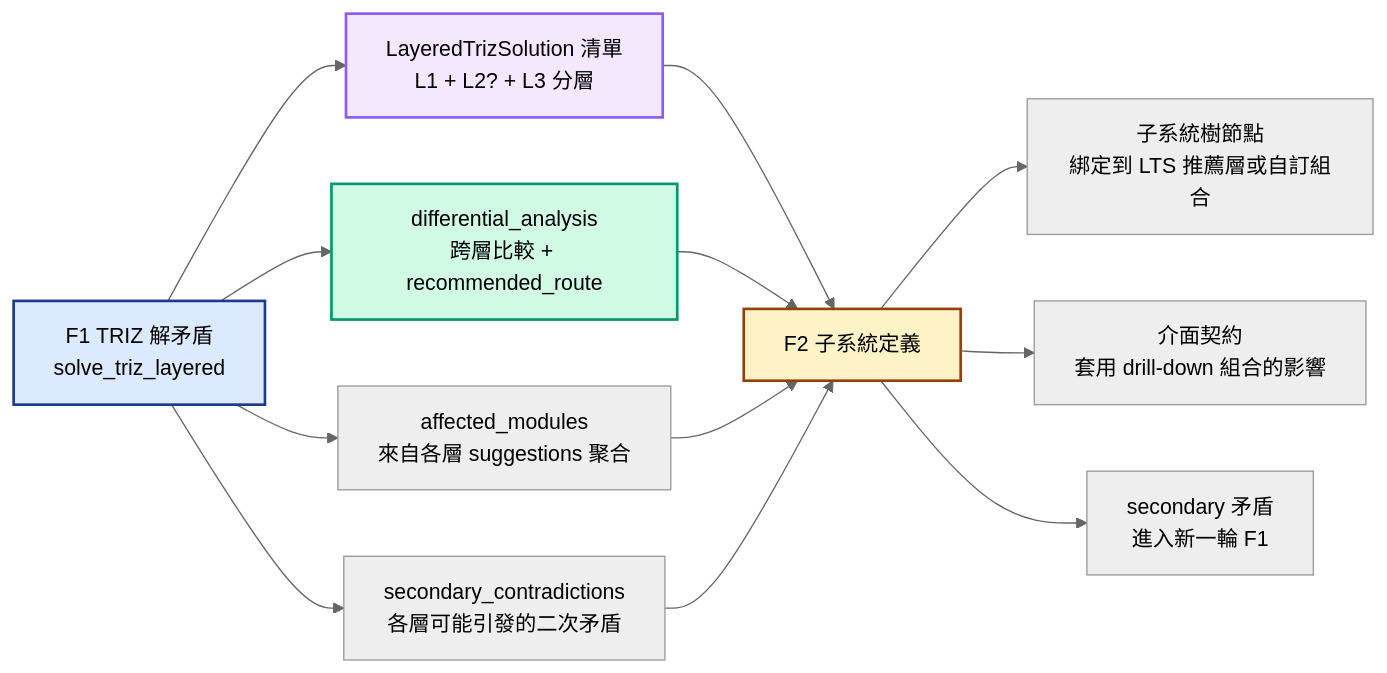
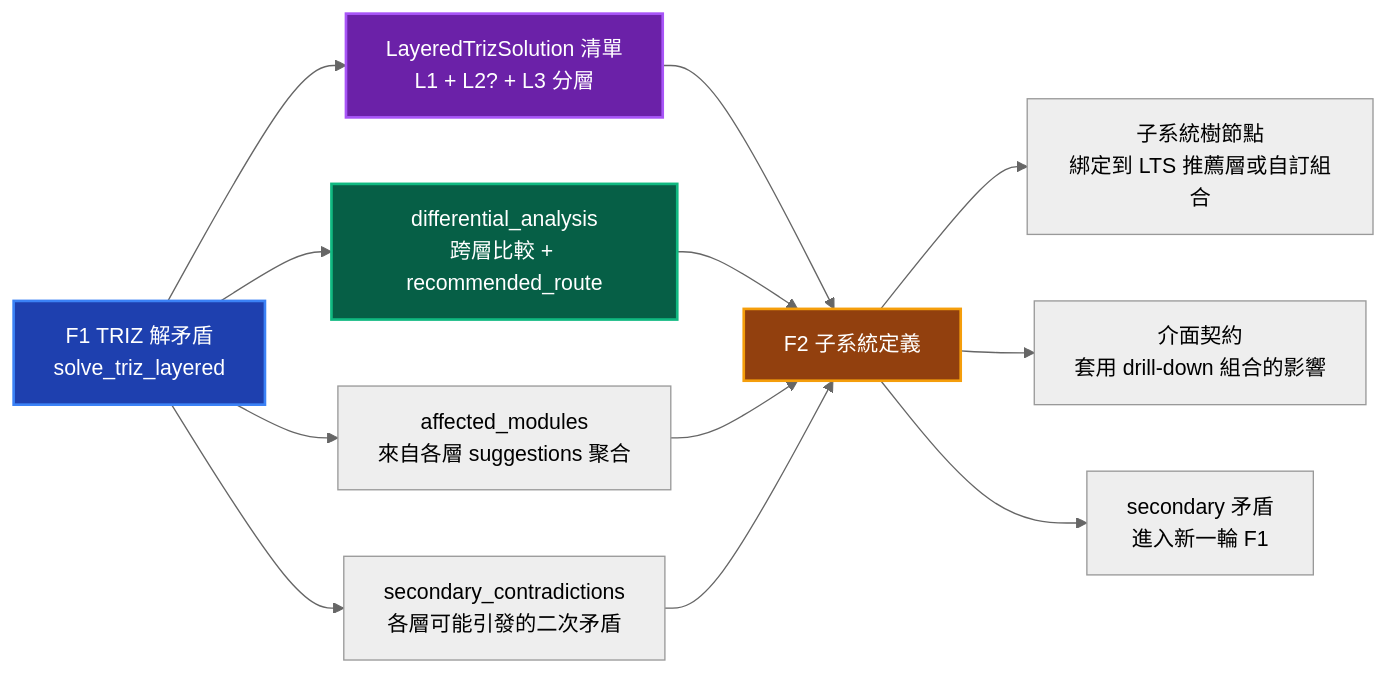
Diagram 26 of 31 in docs/01-define/diagrams/appendix-b--forward-triz-solver.md (Zenobia0000/RD_copilot_system), drawn with Mermaid before and after one commit. The commit also changed other lines of this file and 10 other files, not shown here.

First line of the commit message:
docs(diagrams): Gate 審計修復 + diagrams 缺失補齊 + Mermaid 暗色配色

````diff
--- a/docs/01-define/diagrams/appendix-b--forward-triz-solver.md
+++ b/docs/01-define/diagrams/appendix-b--forward-triz-solver.md
@@ -1139,22 +1139,22 @@
 ```mermaid
 %%{init: {'theme': 'neutral'}}%%
 graph LR
     F1[F1 TRIZ 解矛盾<br/>solve_triz_layered] --> LTS[LayeredTrizSolution 清單<br/>L1 + L2? + L3 分層]
     F1 --> DIFF[differential_analysis<br/>跨層比較 + recommended_route]
     F1 --> AM[affected_modules<br/>來自各層 suggestions 聚合]
     F1 --> SC[secondary_contradictions<br/>各層可能引發的二次矛盾]
 
     LTS --> F2[F2 子系統定義]
     DIFF --> F2
     AM --> F2
     SC --> F2
 
     F2 --> D[子系統樹節點<br/>綁定到 LTS 推薦層或自訂組合]
     F2 --> E[介面契約<br/>套用 drill-down 組合的影響]
     F2 --> Cmp[secondary 矛盾<br/>進入新一輪 F1]
 
-    style F1 fill:#dbeafe,stroke:#1e3a8a,stroke-width:2px,color:#000
-    style F2 fill:#fef3c7,stroke:#92400e,stroke-width:2px,color:#000
-    style LTS fill:#F3E8FF,stroke:#8B5CF6,stroke-width:2px,color:#000
-    style DIFF fill:#D1FAE5,stroke:#059669,stroke-width:2px,color:#000
+    style F1 fill:#1E40AF,color:#fff,stroke:#3B82F6,stroke-width:2px
+    style F2 fill:#92400E,color:#fff,stroke:#F59E0B,stroke-width:2px
+    style LTS fill:#6B21A8,color:#fff,stroke:#A855F7,stroke-width:2px
+    style DIFF fill:#065F46,color:#fff,stroke:#10B981,stroke-width:2px
 ```
````
